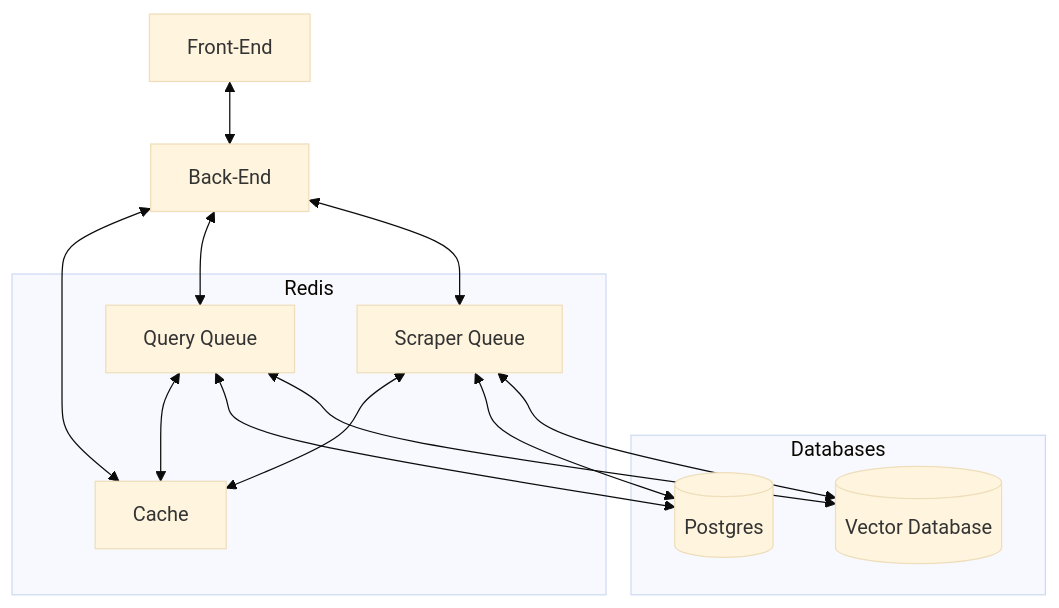
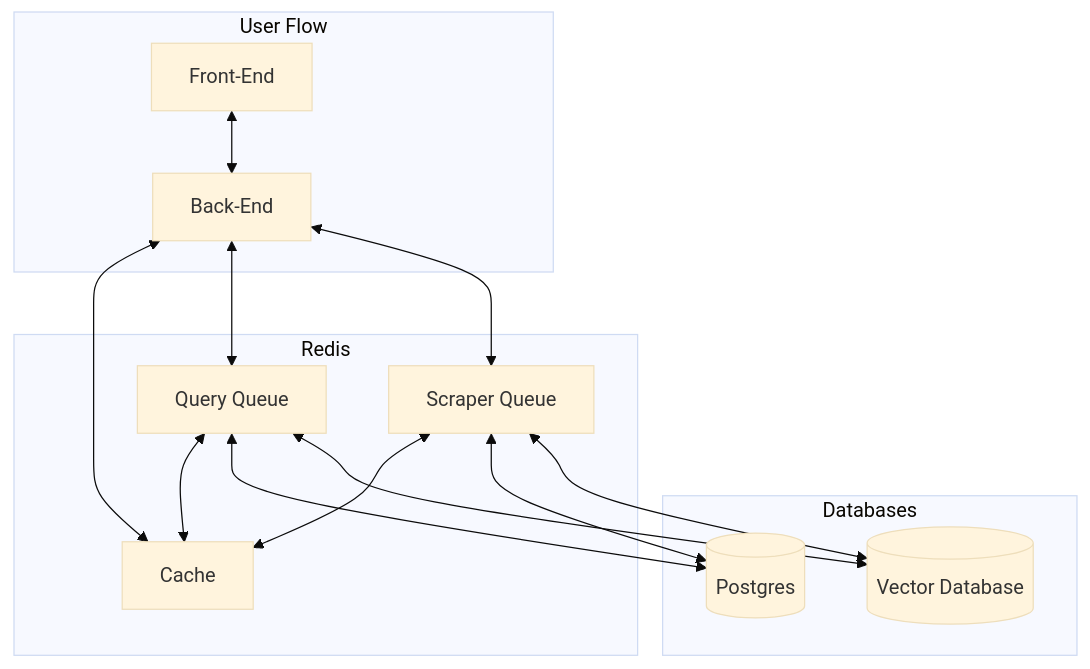
One commit to b718/Plum changed the diagram in README.md. Above: the diagram before and after it, drawn with Mermaid. The commit also changed other lines of this file, not shown here.

````diff
--- a/README.md
+++ b/README.md
@@ -12,28 +11,30 @@
 ```mermaid
 %%{init: {'theme': 'base' } }%%
 flowchart TD
-    FrontEnd[Front-End] <--> BackEnd[Back-End]
+    subgraph User Flow
+        FrontEnd[Front-End] <--> BackEnd[Back-End]
+    end
 
     BackEnd <--> Cache[Cache]
     BackEnd <--> QueryQueue[Query Queue]
     BackEnd <--> ScraperQueue[Scraper Queue]
 
     subgraph Databases
         Postgres[(Postgres)]
         VectorDatabase[(Vector Database)]
     end
 
     subgraph Redis
         QueryQueue[Query Queue]
         Cache[Cache]
         ScraperQueue[Scraper Queue]
     end
 
     QueryQueue <--> Cache
     ScraperQueue <--> Cache
 
     ScraperQueue <--> Postgres
     QueryQueue <--> Postgres[(Postgres)]
     ScraperQueue <--> VectorDatabase
     QueryQueue <--> VectorDatabase[(Vector Database)]
 ```
````
